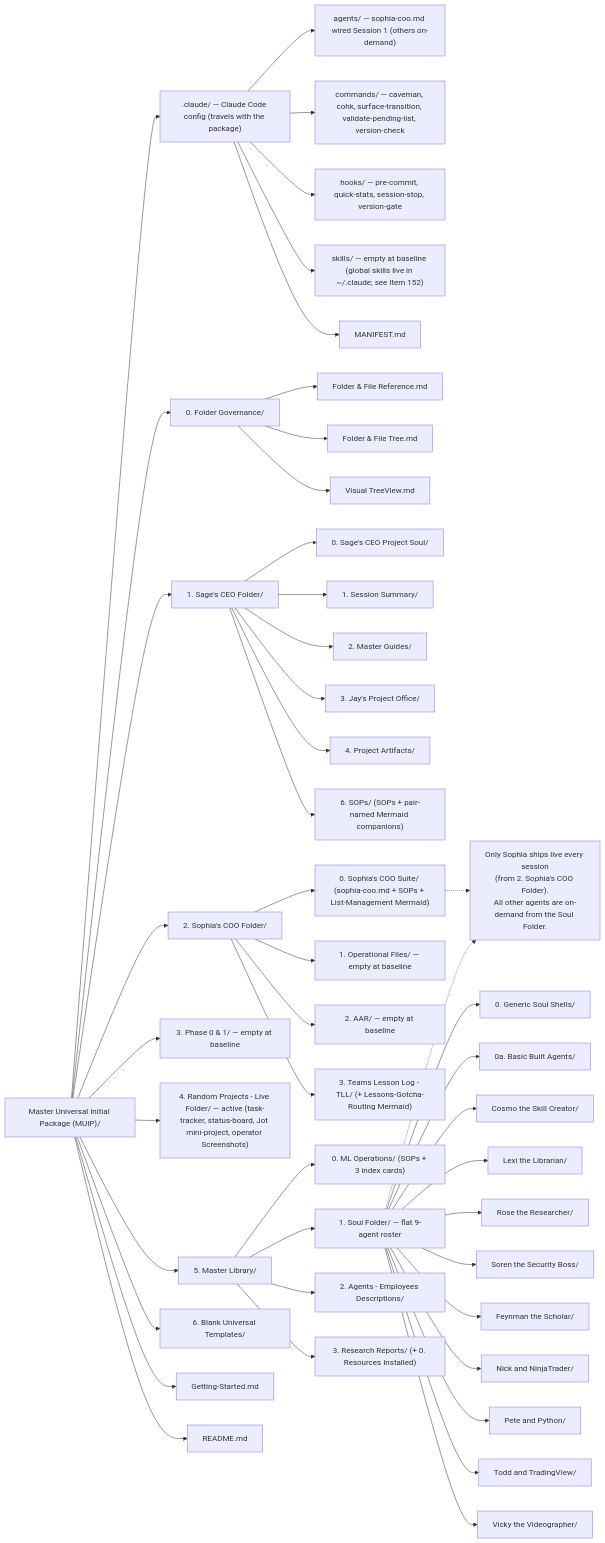
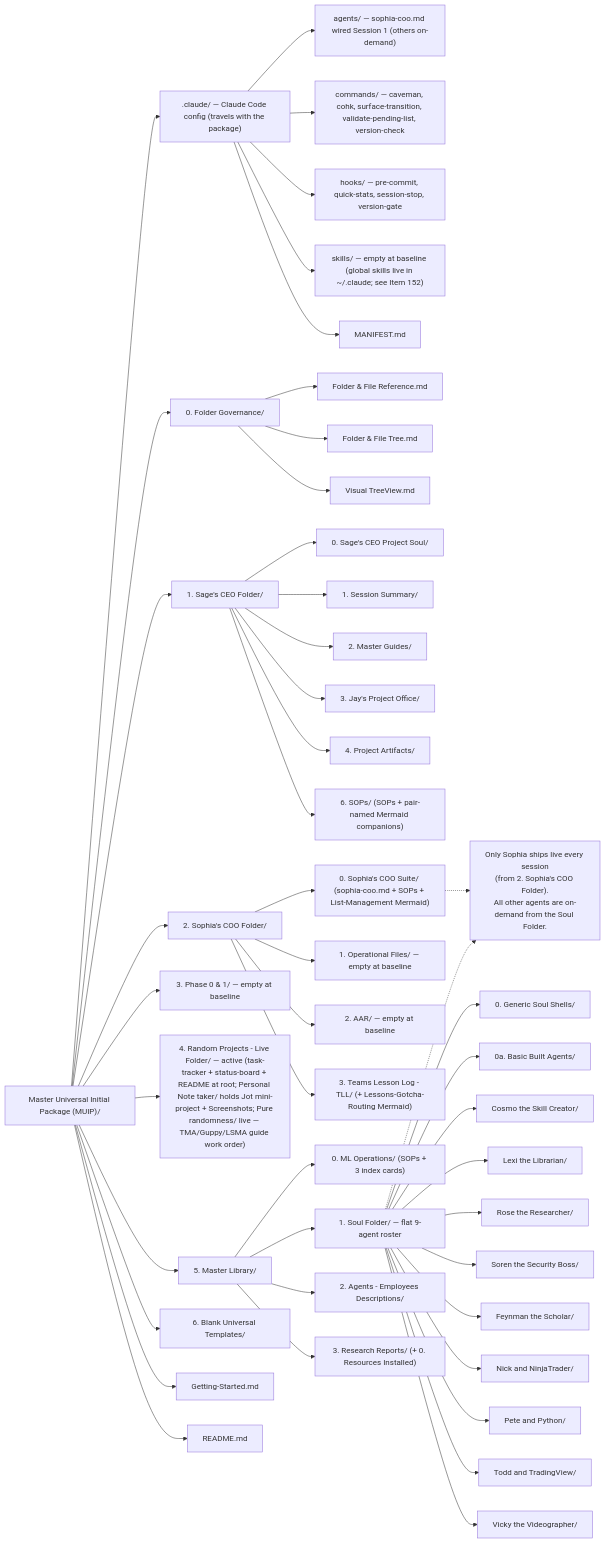
One commit to lacerda4269-rgb/random-claude-projects changed the diagram in 0. Folder Governance/Visual TreeView.md. Above: the diagram before and after it, drawn with Mermaid. The commit also changed other lines of this file and 19 other files, not shown here.

First line of the commit message:
Session 3 close — housekeeping revert, Pure Randomness delivered

````diff
--- a/0. Folder Governance/Visual TreeView.md
+++ b/0. Folder Governance/Visual TreeView.md
@@ -19,64 +19,64 @@
 ```mermaid
 graph LR
     v01b["Master Universal Initial Package (MUIP)/"]
     v01b --> DOTCLAUDE[".claude/ — Claude Code config (travels with the package)"]
     v01b --> FG["0. Folder Governance/"]
     v01b --> CEO["1. Sage's CEO Folder/"]
     v01b --> COO["2. Sophia's COO Folder/"]
     v01b --> PO1["3. Phase 0 & 1/ — empty at baseline"]
-    v01b --> LIVE["4. Random Projects - Live Folder/ — active (task-tracker, status-board, Jot mini-project, operator Screenshots)"]
+    v01b --> LIVE["4. Random Projects - Live Folder/ — active (task-tracker + status-board + README at root; Personal Note taker/ holds Jot mini-project + Screenshots; Pure randomness/ live — TMA/Guppy/LSMA guide work order)"]
     v01b --> ML["5. Master Library/"]
     v01b --> BT["6. Blank Universal Templates/"]
     v01b --> GS["Getting-Started.md"]
     v01b --> RM["README.md"]
 
     %% .claude (Claude Code config — travels with the package)
     DOTCLAUDE --> DC_AGENTS["agents/ — sophia-coo.md wired Session 1 (others on-demand)"]
     DOTCLAUDE --> DC_CMD["commands/ — caveman, cohk, surface-transition, validate-pending-list, version-check"]
     DOTCLAUDE --> DC_HOOKS["hooks/ — pre-commit, quick-stats, session-stop, version-gate"]
     DOTCLAUDE --> DC_SKILLS["skills/ — empty at baseline (global skills live in ~/.claude; see Item 152)"]
     DOTCLAUDE --> DC_MAN["MANIFEST.md"]
 
     %% 0. Folder Governance
     FG --> FG_REF["Folder & File Reference.md"]
     FG --> FG_TREE["Folder & File Tree.md"]
     FG --> FG_VIS["Visual TreeView.md"]
 
     %% 1. Sage's CEO Folder
     CEO --> CEO_SOUL["0. Sage's CEO Project Soul/"]
     CEO --> CEO_SS["1. Session Summary/"]
     CEO --> CEO_MG["2. Master Guides/"]
     CEO --> CEO_PO["3. Jay's Project Office/"]
     CEO --> CEO_PA["4. Project Artifacts/"]
     CEO --> CEO_SOP["6. SOPs/ (SOPs + pair-named Mermaid companions)"]
 
     %% 2. Sophia's COO Folder
     COO --> COO_SUITE["0. Sophia's COO Suite/ (sophia-coo.md + SOPs + List-Management Mermaid)"]
     COO --> COO_OPS["1. Operational Files/ — empty at baseline"]
     COO --> COO_AAR["2. AAR/ — empty at baseline"]
     COO --> COO_TLL["3. Teams Lesson Log - TLL/ (+ Lessons-Gotcha-Routing Mermaid)"]
 
     %% 5. Master Library
     ML --> ML_OPS["0. ML Operations/ (SOPs + 3 index cards)"]
     ML --> ML_SOUL["1. Soul Folder/ — flat 9-agent roster"]
     ML --> ML_DESC["2. Agents - Employees Descriptions/"]
     ML --> ML_RR["3. Research Reports/ (+ 0. Resources Installed)"]
 
     %% Soul Folder — flat roster
     ML_SOUL --> SF_SHELLS["0. Generic Soul Shells/"]
     ML_SOUL --> SF_BASIC["0a. Basic Built Agents/"]
     ML_SOUL --> SF_COSMO["Cosmo the Skill Creator/"]
     ML_SOUL --> SF_LEXI["Lexi the Librarian/"]
     ML_SOUL --> SF_ROSE["Rose the Researcher/"]
     ML_SOUL --> SF_SOREN["Soren the Security Boss/"]
     ML_SOUL --> SF_FEY["Feynman the Scholar/"]
     ML_SOUL --> SF_NICK["Nick and NinjaTrader/"]
     ML_SOUL --> SF_PETE["Pete and Python/"]
     ML_SOUL --> SF_TODD["Todd and TradingView/"]
     ML_SOUL --> SF_VICKY["Vicky the Videographer/"]
 
     %% Residency callout
     SOPHIA_LIVE["Only Sophia ships live every session\n(from 2. Sophia's COO Folder).\nAll other agents are on-demand from the Soul Folder."]
     COO_SUITE -.-> SOPHIA_LIVE
     ML_SOUL -.-> SOPHIA_LIVE
 ```
````
